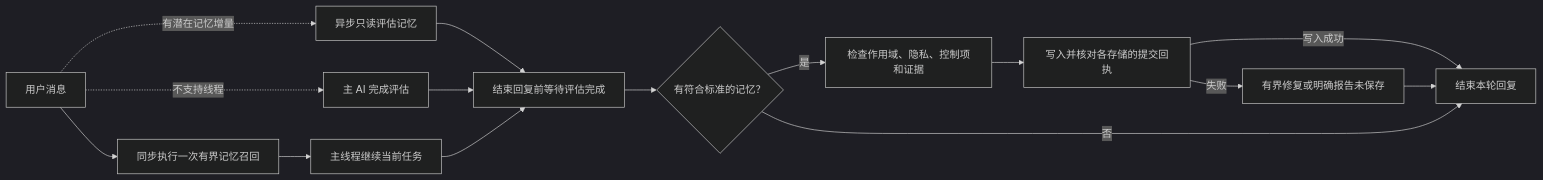
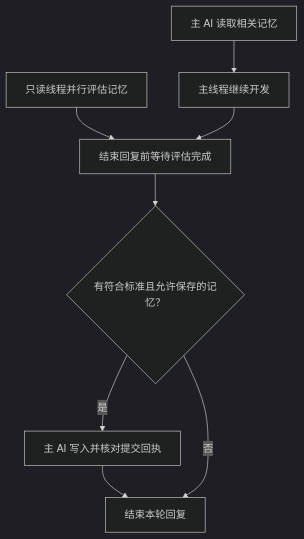
Before and after one commit to chrisstarr7/dev-memory: the diagram in docs/readme/README.zh-CN.md, drawn with Mermaid (dark theme). The commit also changed other lines of this file and 4 other files, not shown here.

````diff
--- a/docs/readme/README.zh-CN.md
+++ b/docs/readme/README.zh-CN.md
@@ -30,17 +94,10 @@
 ```mermaid
-flowchart LR
-    U[用户消息] --> R[同步执行一次有界记忆召回]
-    R --> T[主线程继续当前任务]
-    U -. 有潜在记忆增量 .-> A[异步只读评估记忆]
-    U -. 不支持线程 .-> P[主 AI 完成评估]
-    A --> J[结束回复前等待评估完成]
-    P --> J
-    T --> J
-    J --> C{有符合标准的记忆？}
-    C -- 是 --> V[检查作用域、隐私、控制项和证据]
-    V --> M[写入并核对各存储的提交回执]
-    M -- 写入成功 --> F[结束本轮回复]
-    M -- 失败 --> E[有界修复或明确报告未保存]
-    E --> F
+flowchart TD
+    R[主 AI 读取相关记忆] --> W[主线程继续开发]
+    A[只读线程并行评估记忆] --> J[结束回复前等待评估完成]
+    W --> J
+    J --> C{有符合标准且允许保存的记忆？}
+    C -- 是 --> S[主 AI 写入并核对提交回执]
+    S --> F[结束本轮回复]
     C -- 否 --> F
 ```
````
